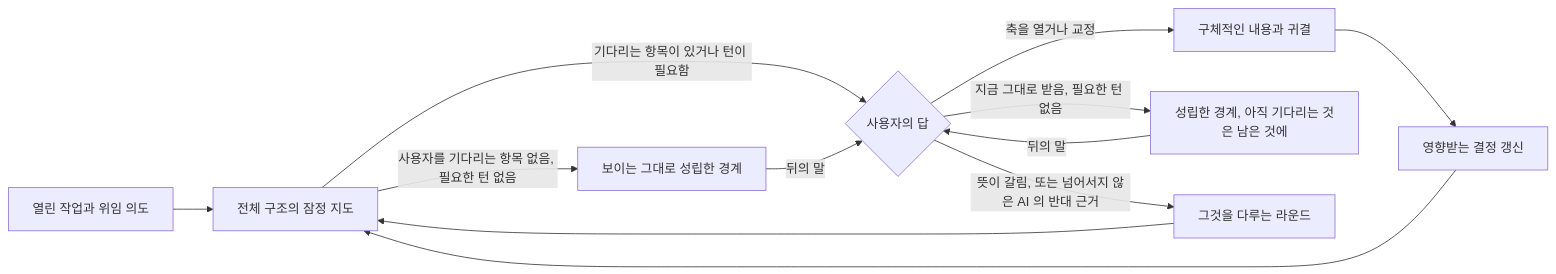
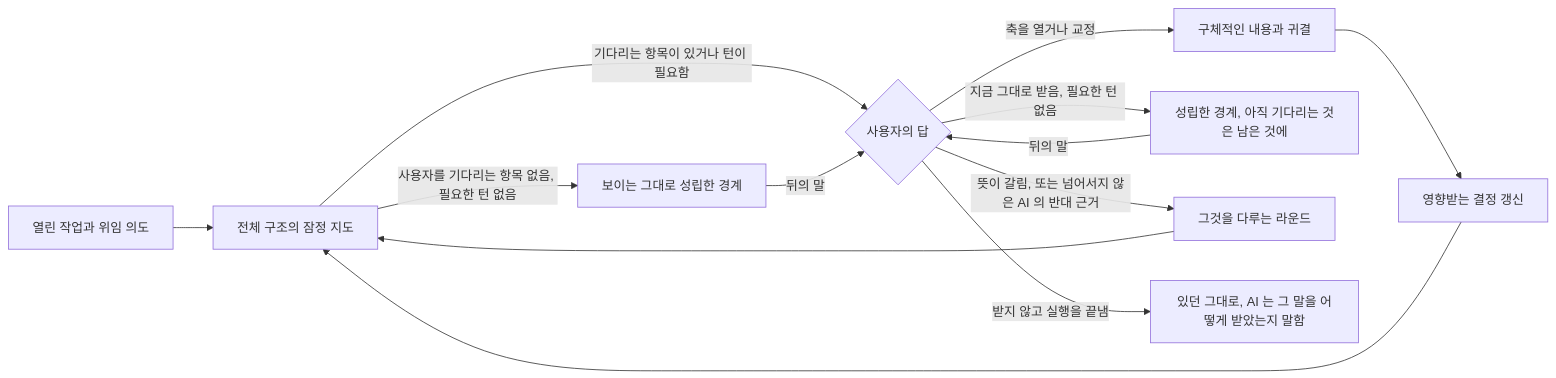
One commit to jongwony/epistemic-protocols changed the diagram in horismos/README_ko.md. Above: the diagram before and after it, drawn with Mermaid. The commit also changed other lines of this file and 3 other files, not shown here.

````diff
--- a/horismos/README_ko.md
+++ b/horismos/README_ko.md
@@ -9,14 +9,15 @@
 ```mermaid
 flowchart LR
     A[열린 작업과 위임 의도] --> B[전체 구조의 잠정 지도]
     B -->|사용자를 기다리는 항목 없음, 필요한 턴 없음| G[보이는 그대로 성립한 경계]
     B -->|기다리는 항목이 있거나 턴이 필요함| C{사용자의 답}
     C -->|축을 열거나 교정| D[구체적인 내용과 귀결]
     D --> E[영향받는 결정 갱신]
     E --> B
     C -->|지금 그대로 받음, 필요한 턴 없음| F[성립한 경계, 아직 기다리는 것은 남은 것에]
     C -->|뜻이 갈림, 또는 넘어서지 않은 AI 의 반대 근거| H[그것을 다루는 라운드]
     H --> B
+    C -->|받지 않고 실행을 끝냄| K[있던 그대로, AI 는 그 말을 어떻게 받았는지 말함]
     F -->|뒤의 말| C
     G -->|뒤의 말| C
 ```
````
